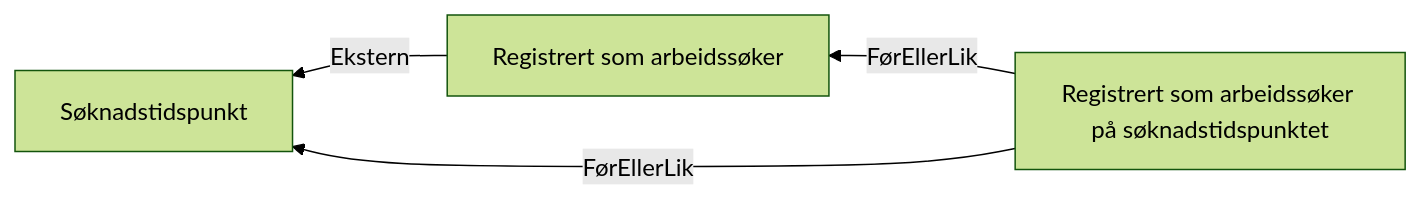
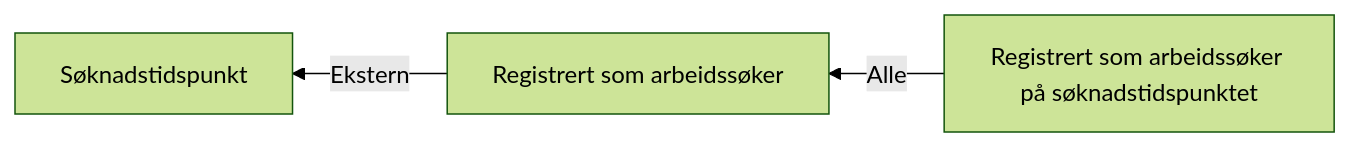
Before and after one commit to navikt/dp-vedtak: the diagram in docs/regler/§ 4-8. Meldeplikt og møteplikt.approved.md, drawn with Mermaid (forest theme). The commit also changed other lines of this file and 3 other files, not shown here.

Commit message:
Meldeplikt - sjekk om bruker er registrert på søknadstidspunktet. Wip på testen enda.

````diff
--- a/docs/regler/§ 4-8. Meldeplikt og møteplikt.approved.md
+++ b/docs/regler/§ 4-8. Meldeplikt og møteplikt.approved.md
@@ -5,6 +5,5 @@
 ```mermaid
 graph RL
   A["Registrert som arbeidssøker"] -->|"Ekstern"| B["Søknadstidspunkt"]
-  C["Registrert som arbeidssøker på søknadstidspunktet"] -->|"FørEllerLik"| A["Registrert som arbeidssøker"]
-  C["Registrert som arbeidssøker på søknadstidspunktet"] -->|"FørEllerLik"| B["Søknadstidspunkt"]
+  C["Registrert som arbeidssøker på søknadstidspunktet"] -->|"Alle"| A["Registrert som arbeidssøker"]
 ```
````
